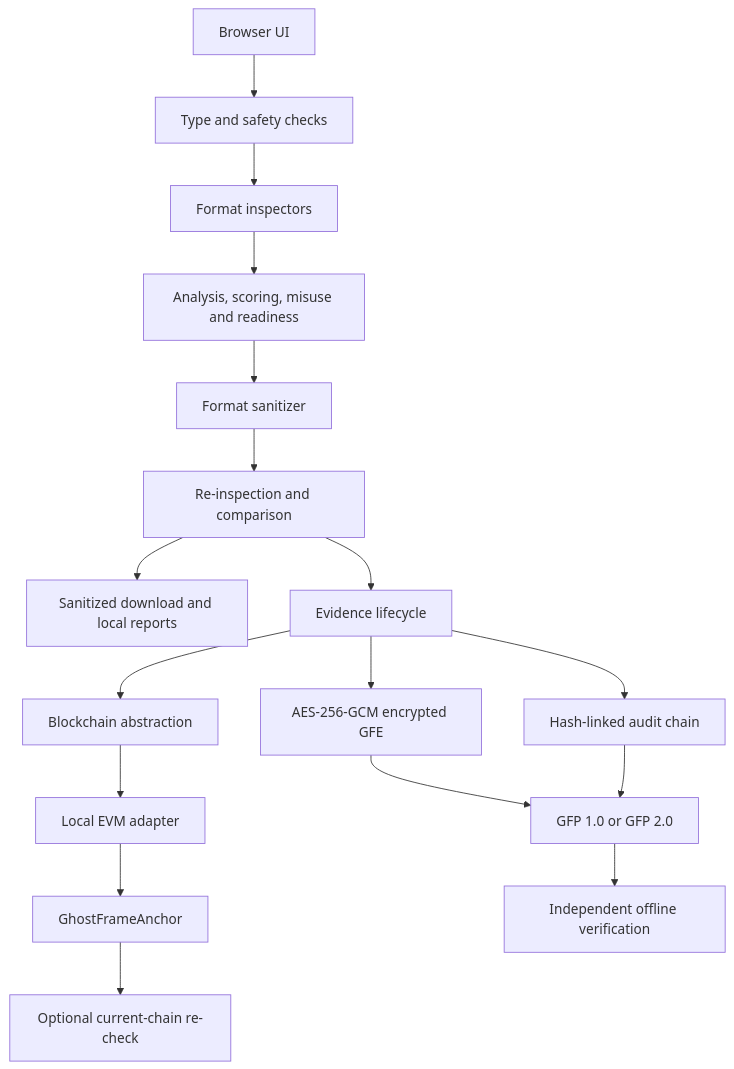
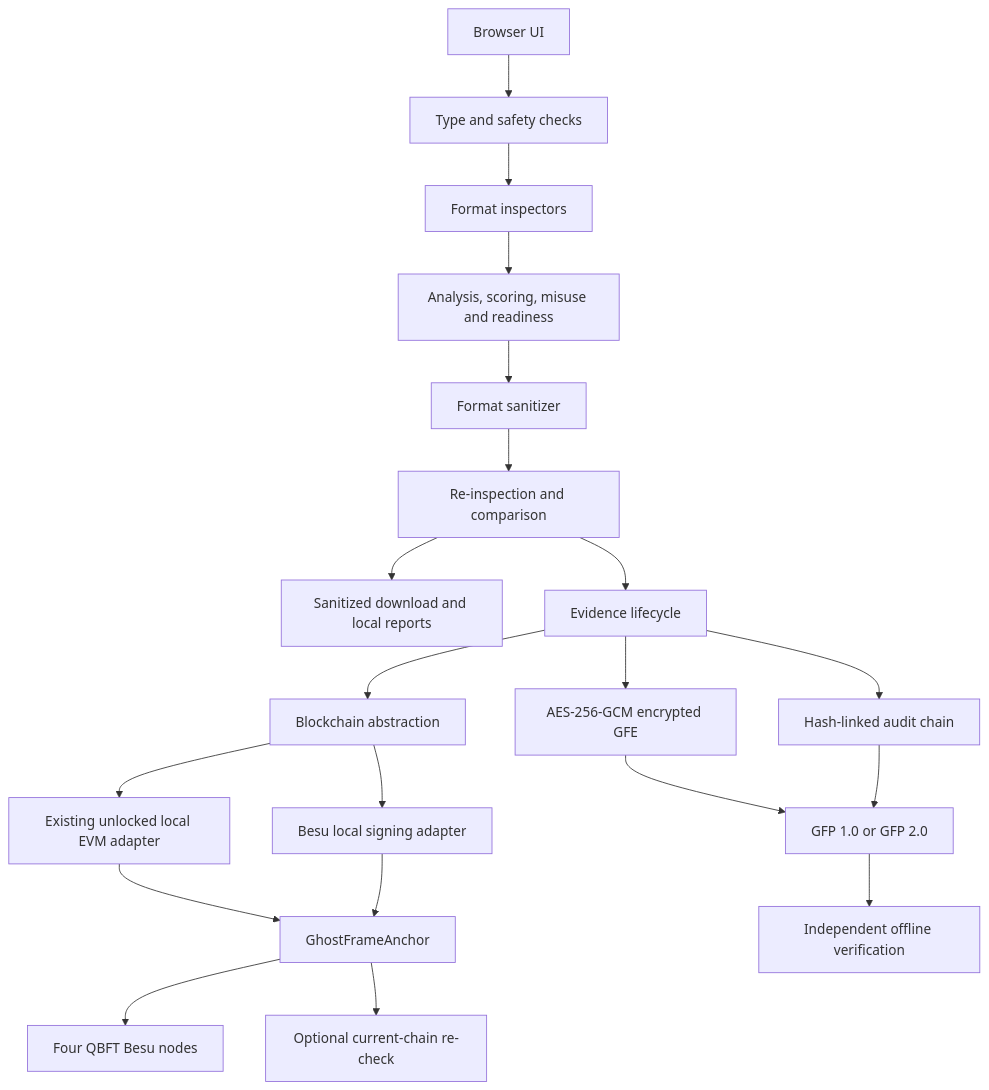
Before and after one commit to ujjwalgupta67/GhostFrame: the diagram in docs/ARCHITECTURE.md, drawn with Mermaid. The commit also changed other lines of this file and 32 other files, not shown here.

Commit message:
Add four-node Hyperledger Besu integration and multi-node verification UI

````diff
--- a/docs/ARCHITECTURE.md
+++ b/docs/ARCHITECTURE.md
@@ -5,19 +5,22 @@
 ```mermaid
 flowchart TD
     U[Browser UI] --> I[Type and safety checks]
     I --> P[Format inspectors]
     P --> A[Analysis, scoring, misuse and readiness]
     A --> S[Format sanitizer]
     S --> R[Re-inspection and comparison]
     R --> D[Sanitized download and local reports]
     R --> E[Evidence lifecycle]
     E --> C[AES-256-GCM encrypted GFE]
     E --> Q[Hash-linked audit chain]
     C --> G[GFP 1.0 or GFP 2.0]
     Q --> G
     E --> B[Blockchain abstraction]
-    B --> V[Local EVM adapter]
+    B --> V[Existing unlocked local EVM adapter]
+    B --> Z[Besu local signing adapter]
     V --> H[GhostFrameAnchor]
+    Z --> H
+    H --> N[Four QBFT Besu nodes]
     G --> X[Independent offline verification]
     H --> Y[Optional current-chain re-check]
 ```
````
